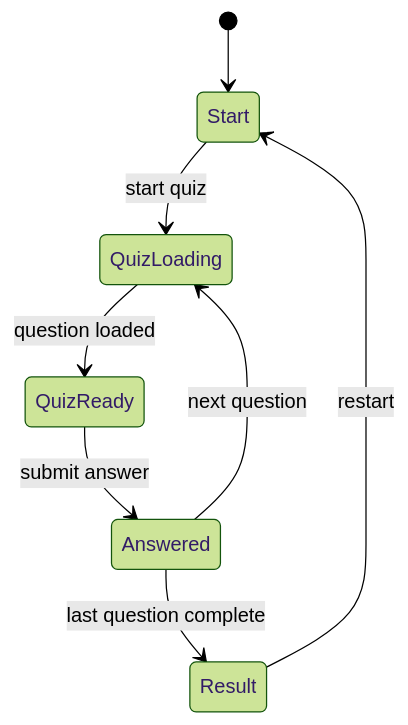
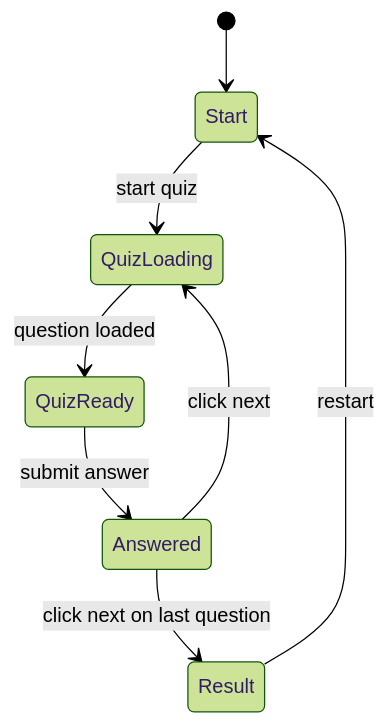
Before and after one commit to iamnuked/jungle-wk05-mini-react: the second of 2 diagrams in docs/architecture.md, drawn with Mermaid (forest theme). The commit also changed other lines of this file and 2 other files, not shown here.

````diff
--- a/docs/architecture.md
+++ b/docs/architecture.md
@@ -282,10 +282,10 @@
 ```mermaid
 stateDiagram-v2
   [*] --> Start
   Start --> QuizLoading: start quiz
   QuizLoading --> QuizReady: question loaded
   QuizReady --> Answered: submit answer
-  Answered --> QuizLoading: next question
-  Answered --> Result: last question complete
+  Answered --> QuizLoading: click next
+  Answered --> Result: click next on last question
   Result --> Start: restart
 ```
````
